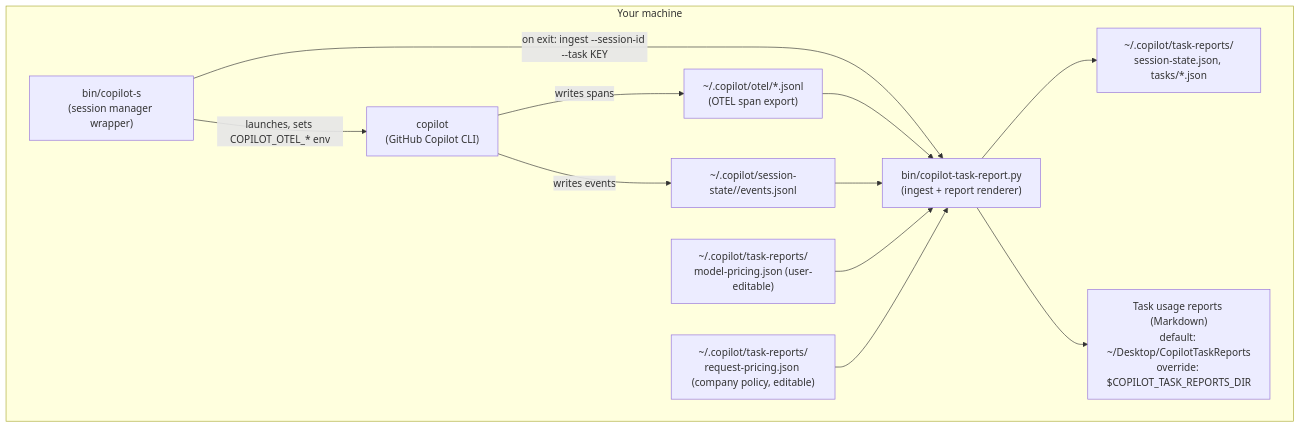
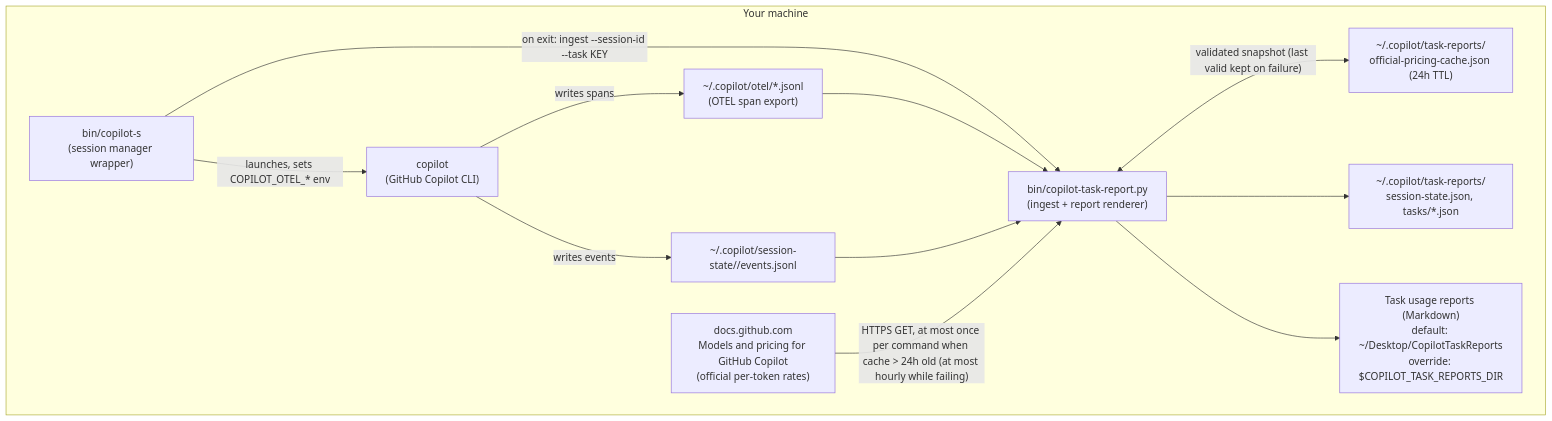
One commit to a-wf/copilot-workbench changed the first of 2 diagrams in docs/architecture.md. Above: the diagram before and after it, drawn with Mermaid. The commit also changed other lines of this file and 12 other files, not shown here.

Commit message:
Refresh official Copilot pricing and require routing approval

````diff
--- a/docs/architecture.md
+++ b/docs/architecture.md
@@ -18,25 +18,25 @@
 ```mermaid
 flowchart TB
     subgraph User_Machine["Your machine"]
         CS["bin/copilot-s\n(session manager wrapper)"]
         COPILOT["copilot\n(GitHub Copilot CLI)"]
         OTEL["~/.copilot/otel/*.jsonl\n(OTEL span export)"]
         EVENTS["~/.copilot/session-state/<id>/events.jsonl"]
         HELPER["bin/copilot-task-report.py\n(ingest + report renderer)"]
         STATE["~/.copilot/task-reports/\nsession-state.json, tasks/*.json"]
-        PRICING["~/.copilot/task-reports/\nmodel-pricing.json (user-editable)"]
-        REQPRICING["~/.copilot/task-reports/\nrequest-pricing.json (company policy, editable)"]
+        GHDOCS["docs.github.com\nModels and pricing for GitHub Copilot\n(official per-token rates)"]
+        PRICECACHE["~/.copilot/task-reports/\nofficial-pricing-cache.json (24h TTL)"]
         REPORTS["Task usage reports (Markdown)\ndefault: ~/Desktop/CopilotTaskReports\noverride: $COPILOT_TASK_REPORTS_DIR"]
     end
 
     CS -->|"launches, sets COPILOT_OTEL_* env"| COPILOT
     COPILOT -->|writes spans| OTEL
     COPILOT -->|writes events| EVENTS
     CS -->|"on exit: ingest --session-id --task KEY"| HELPER
     OTEL --> HELPER
     EVENTS --> HELPER
-    PRICING --> HELPER
-    REQPRICING --> HELPER
+    GHDOCS -->|"HTTPS GET, at most once per command when cache > 24h old (at most hourly while failing)"| HELPER
+    HELPER <-->|"validated snapshot (last valid kept on failure)"| PRICECACHE
     HELPER --> STATE
     HELPER --> REPORTS
 ```
````
